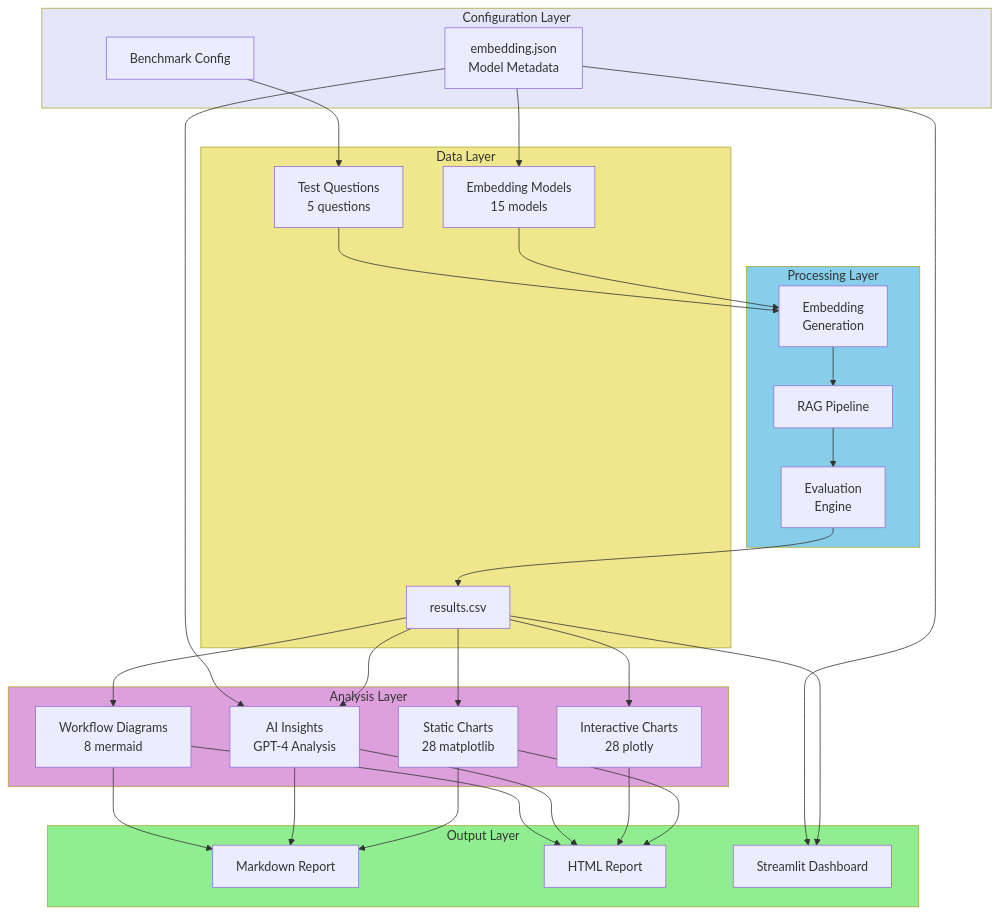
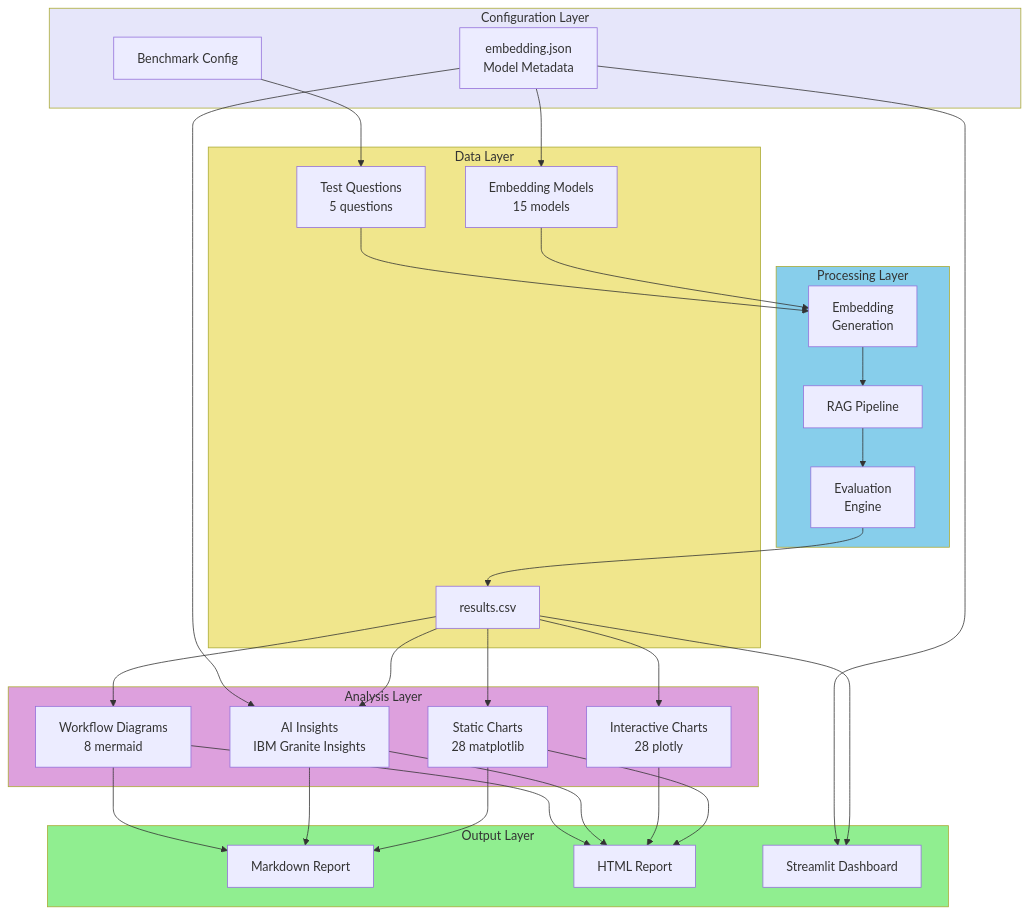
One commit to groenewt/benchmark_pilot changed the eighth of 8 diagrams in README.md. Above: the diagram before and after it, drawn with Mermaid.

Commit message:
Update README.md
One of the most ludicrous highlights of 'AI Code' gone wrong. Literally worked through entire flow yet somehow 'GPT-4' !

````diff
--- a/README.md
+++ b/README.md
@@ -687,60 +687,60 @@
 ```mermaid
 graph TB
     subgraph Config[Configuration Layer]
         EMB_CFG[embedding.json<br/>Model Metadata]
         BENCH_CFG[Benchmark Config]
     end
 
     subgraph Data[Data Layer]
         MODELS[Embedding Models<br/>15 models]
         QUESTIONS[Test Questions<br/>5 questions]
         RESULTS[results.csv]
     end
 
     subgraph Processing[Processing Layer]
         EMBED[Embedding<br/>Generation]
         RAG[RAG Pipeline]
         EVAL[Evaluation<br/>Engine]
     end
 
     subgraph Analysis[Analysis Layer]
         STATIC[Static Charts<br/>28 matplotlib]
         INTERACTIVE[Interactive Charts<br/>28 plotly]
-        INSIGHTS[AI Insights<br/>GPT-4 Analysis]
+        INSIGHTS[AI Insights<br/>IBM Granite Insights]
         MERMAID[Workflow Diagrams<br/>8 mermaid]
     end
 
     subgraph Output[Output Layer]
         MD_REPORT[Markdown Report]
         HTML_REPORT[HTML Report]
         DASHBOARD[Streamlit Dashboard]
     end
 
     EMB_CFG --> MODELS
     BENCH_CFG --> QUESTIONS
     MODELS --> EMBED
     QUESTIONS --> EMBED
     EMBED --> RAG
     RAG --> EVAL
     EVAL --> RESULTS
     RESULTS --> STATIC
     RESULTS --> INTERACTIVE
     RESULTS --> INSIGHTS
     RESULTS --> MERMAID
     EMB_CFG --> INSIGHTS
     STATIC --> MD_REPORT
     STATIC --> HTML_REPORT
     INTERACTIVE --> HTML_REPORT
     INSIGHTS --> MD_REPORT
     INSIGHTS --> HTML_REPORT
     MERMAID --> MD_REPORT
     MERMAID --> HTML_REPORT
     RESULTS --> DASHBOARD
     EMB_CFG --> DASHBOARD
 
     style Config fill:#E6E6FA
     style Data fill:#F0E68C
     style Processing fill:#87CEEB
     style Analysis fill:#DDA0DD
     style Output fill:#90EE90
 ```
````
